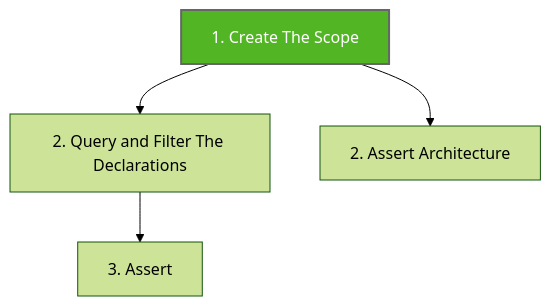
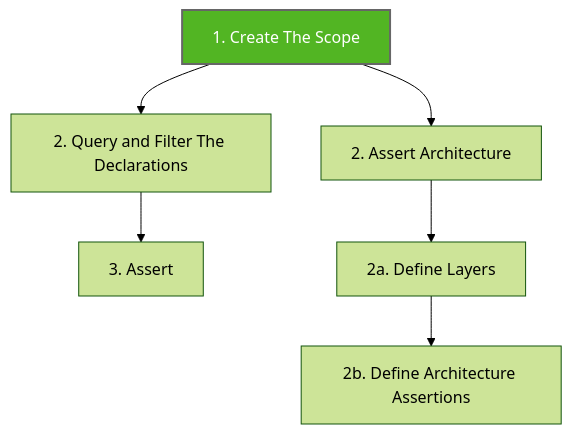
The first of 2 diagrams in writing-tests/koscope.md (LemonAppDev/konsist-documentation), drawn with Mermaid before and after one commit. The commit also changed other lines of this file and 11 other files, not shown here.

````diff
--- a/writing-tests/koscope.md
+++ b/writing-tests/koscope.md
@@ -9,11 +9,13 @@
 ```mermaid
 %%{init: {'theme':'forest'}}%%
 flowchart TB
     Step1["1. Create The Scope"]-->StepD2
     Step1["1. Create The Scope"]-->StepA2
     StepD2["2. Query and Filter The Declarations"]-->StepD3
     StepD3["3. Assert"]
-    StepA2["2. Assert Architecture"]
+    StepA2["2. Assert Architecture"]-->StepA3
+    StepA3["2a. Define Layers"]-->StepA4
+    StepA4["2b. Define Architecture Assertions"]
     style Step1 fill:#52B523,stroke:#666,stroke-width:2px,color:#fff
 
 ```
````
